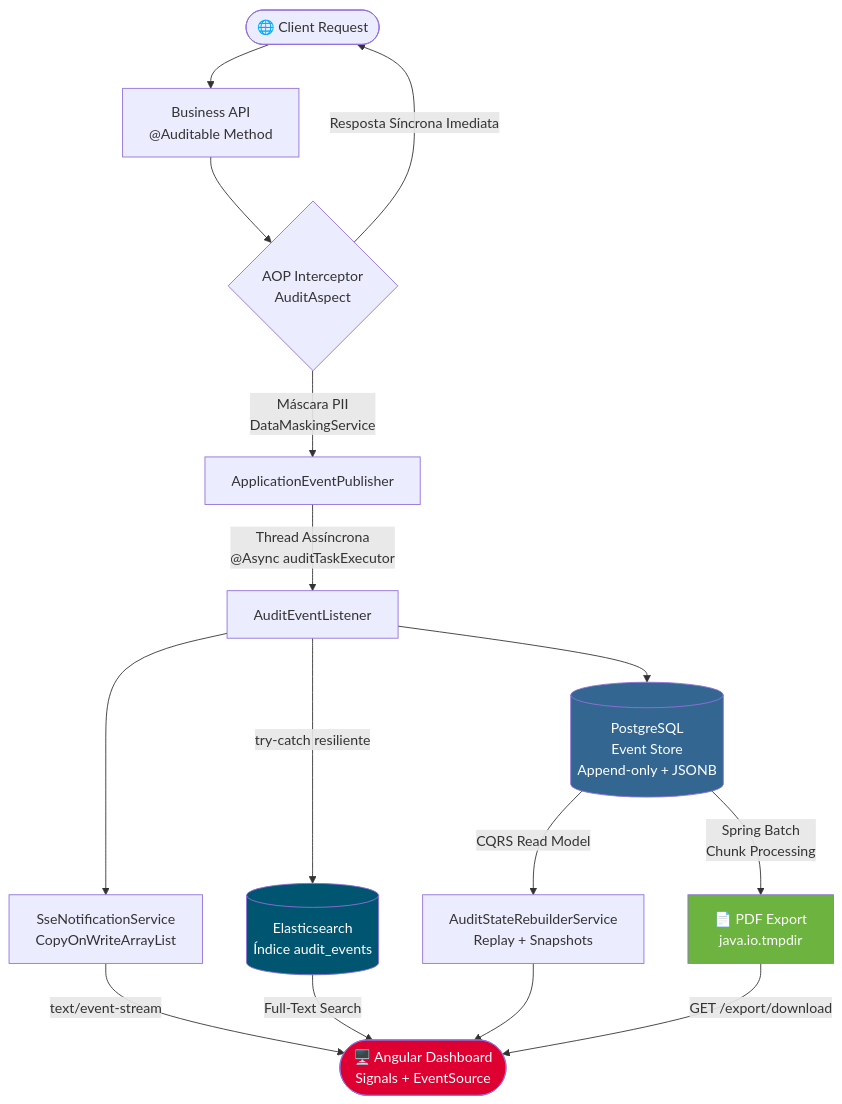
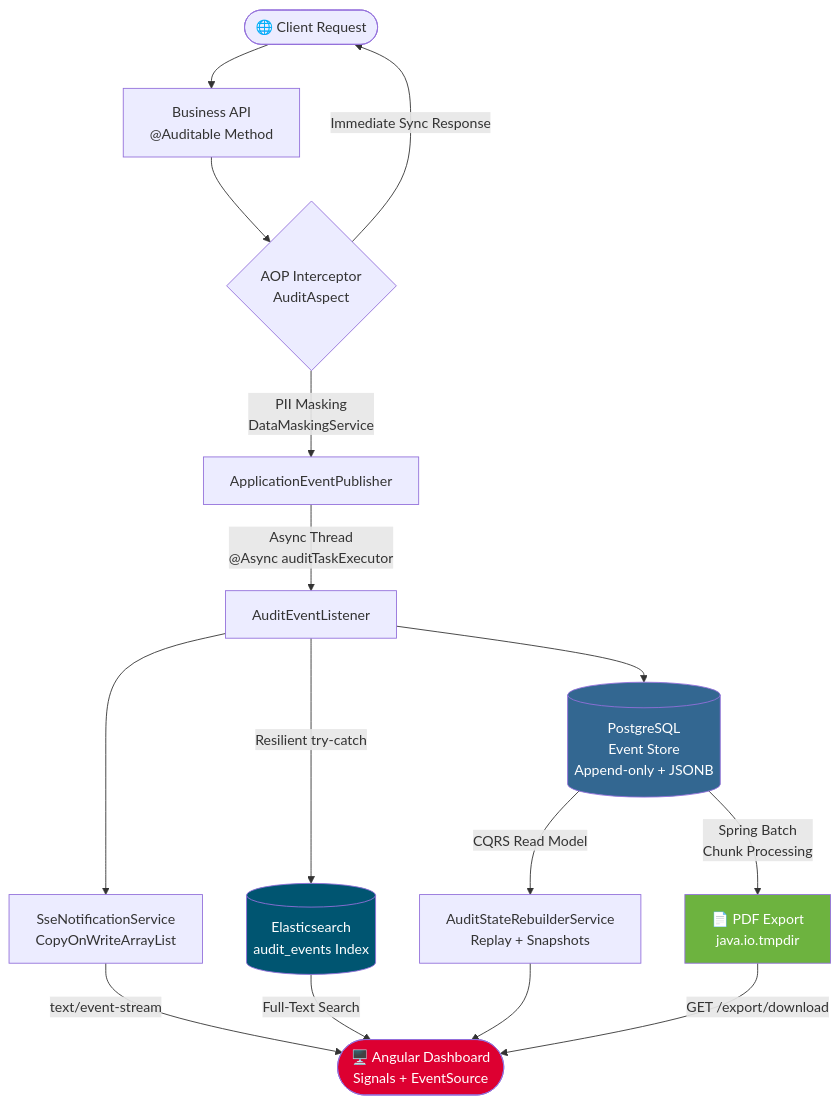
One commit to joaogabriel43/AuditVault changed the diagram in README.md. Above: the diagram before and after it, drawn with Mermaid. The commit also changed other lines of this file, not shown here.

````diff
--- a/README.md
+++ b/README.md
@@ -26,26 +37,26 @@
 ```mermaid
 flowchart TD
     A([🌐 Client Request]) --> B[Business API\n@Auditable Method]
     B --> C{AOP Interceptor\nAuditAspect}
-    C -->|Máscara PII\nDataMaskingService| D[ApplicationEventPublisher]
-    C -->|Resposta Síncrona Imediata| A
+    C -->|PII Masking\nDataMaskingService| D[ApplicationEventPublisher]
+    C -->|Immediate Sync Response| A
 
-    D -->|Thread Assíncrona\n@Async auditTaskExecutor| E[AuditEventListener]
+    D -->|Async Thread\n@Async auditTaskExecutor| E[AuditEventListener]
 
     E --> F[(PostgreSQL\nEvent Store\nAppend-only + JSONB)]
-    E -->|try-catch resiliente| G[(Elasticsearch\nÍndice audit_events)]
+    E -->|Resilient try-catch| G[(Elasticsearch\naudit_events Index)]
     E --> H[SseNotificationService\nCopyOnWriteArrayList]
 
     H -->|text/event-stream| I([🖥️ Angular Dashboard\nSignals + EventSource])
     F -->|CQRS Read Model| J[AuditStateRebuilderService\nReplay + Snapshots]
     G -->|Full-Text Search| I
     J --> I
 
     F -->|Spring Batch\nChunk Processing| K[📄 PDF Export\njava.io.tmpdir]
     K -->|GET /export/download| I
 
     style F fill:#336791,color:#fff
     style G fill:#005571,color:#fff
     style I fill:#DD0031,color:#fff
     style K fill:#6DB33F,color:#fff
 ```
````
